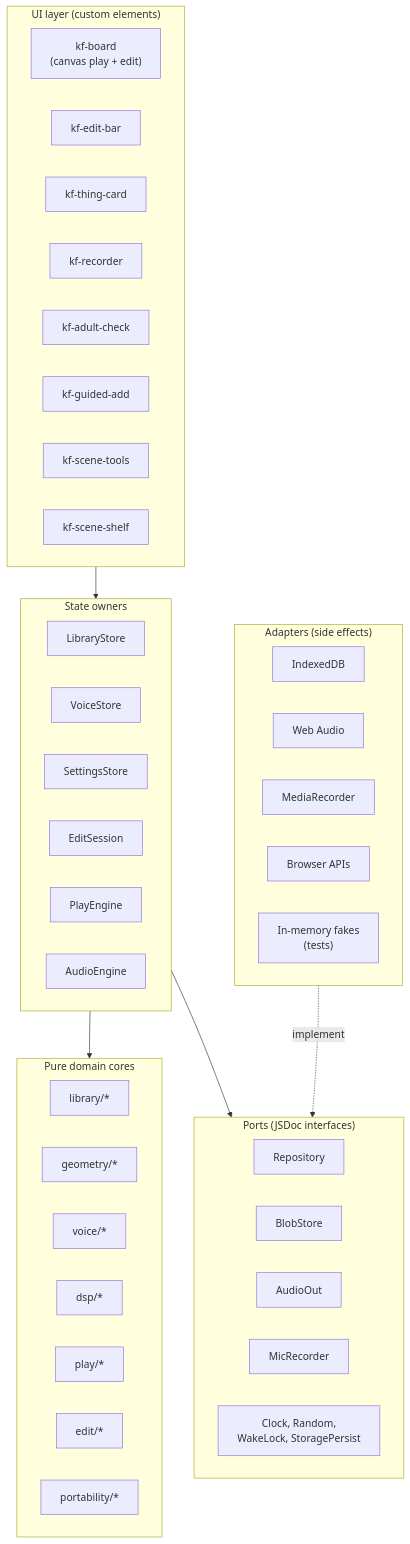
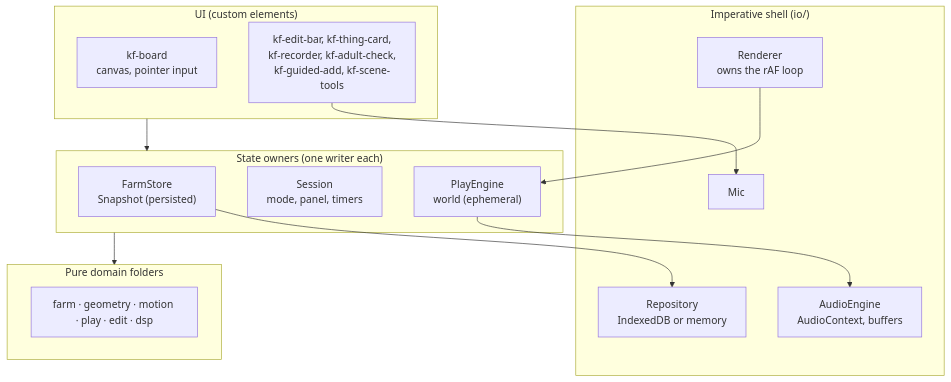
One commit to baalimago/klaras-farm changed the second of 5 diagrams in design/ARCHITECTURE.md. Above: the diagram before and after it, drawn with Mermaid. The commit also changed other lines of this file and 1 other file, not shown here.

First line of the commit message:
Revise architecture after five adversarial reviews; add motion-as-data

````diff
--- a/design/ARCHITECTURE.md
+++ b/design/ARCHITECTURE.md
@@ -56,48 +55,27 @@
 ```mermaid
 flowchart TB
-  subgraph UI["UI layer (custom elements)"]
-    board["kf-board<br/>(canvas play + edit)"]
-    bar["kf-edit-bar"]
-    card["kf-thing-card"]
-    rec["kf-recorder"]
-    gate["kf-adult-check"]
-    guided["kf-guided-add"]
-    tools["kf-scene-tools"]
-    shelf["kf-scene-shelf"]
+  subgraph UI["UI (custom elements)"]
+    board["kf-board<br/>canvas, pointer input"]
+    panels["kf-edit-bar, kf-thing-card,<br/>kf-recorder, kf-adult-check,<br/>kf-guided-add, kf-scene-tools"]
   end
-  subgraph State["State owners"]
-    LS["LibraryStore"]
-    VS["VoiceStore"]
-    SS["SettingsStore"]
-    ES["EditSession"]
-    PE["PlayEngine"]
-    AE["AudioEngine"]
+  subgraph Owners["State owners (one writer each)"]
+    FS["FarmStore<br/>Snapshot (persisted)"]
+    SE["Session<br/>mode, panel, timers"]
+    PE["PlayEngine<br/>world (ephemeral)"]
   end
-  subgraph Domain["Pure domain cores"]
-    dlib["library/*"]
-    dgeo["geometry/*"]
-    dvoice["voice/*"]
-    ddsp["dsp/*"]
-    dplay["play/*"]
-    dedit["edit/*"]
-    dport["portability/*"]
+  subgraph Shell["Imperative shell (io/)"]
+    RE["Renderer<br/>owns the rAF loop"]
+    AE["AudioEngine<br/>AudioContext, buffers"]
+    REPO["Repository<br/>IndexedDB or memory"]
+    MIC["Mic"]
   end
-  subgraph Ports["Ports (JSDoc interfaces)"]
-    pRepo["Repository"]
-    pBlob["BlobStore"]
-    pAudio["AudioOut"]
-    pMic["MicRecorder"]
-    pSys["Clock, Random,<br/>WakeLock, StoragePersist"]
+  subgraph Pure["Pure domain folders"]
+    D["farm · geometry · motion · play · edit · dsp"]
   end
-  subgraph Adapters["Adapters (side effects)"]
-    aIDB["IndexedDB"]
-    aWA["Web Audio"]
-    aMR["MediaRecorder"]
-    aBr["Browser APIs"]
-    aFake["In-memory fakes<br/>(tests)"]
-  end
-  UI --> State
-  State --> Domain
-  State --> Ports
-  Adapters -. implement .-> Ports
+  UI --> Owners
+  Owners --> Pure
+  FS --> REPO
+  RE --> PE
+  PE --> AE
+  panels --> MIC
 ```
````
